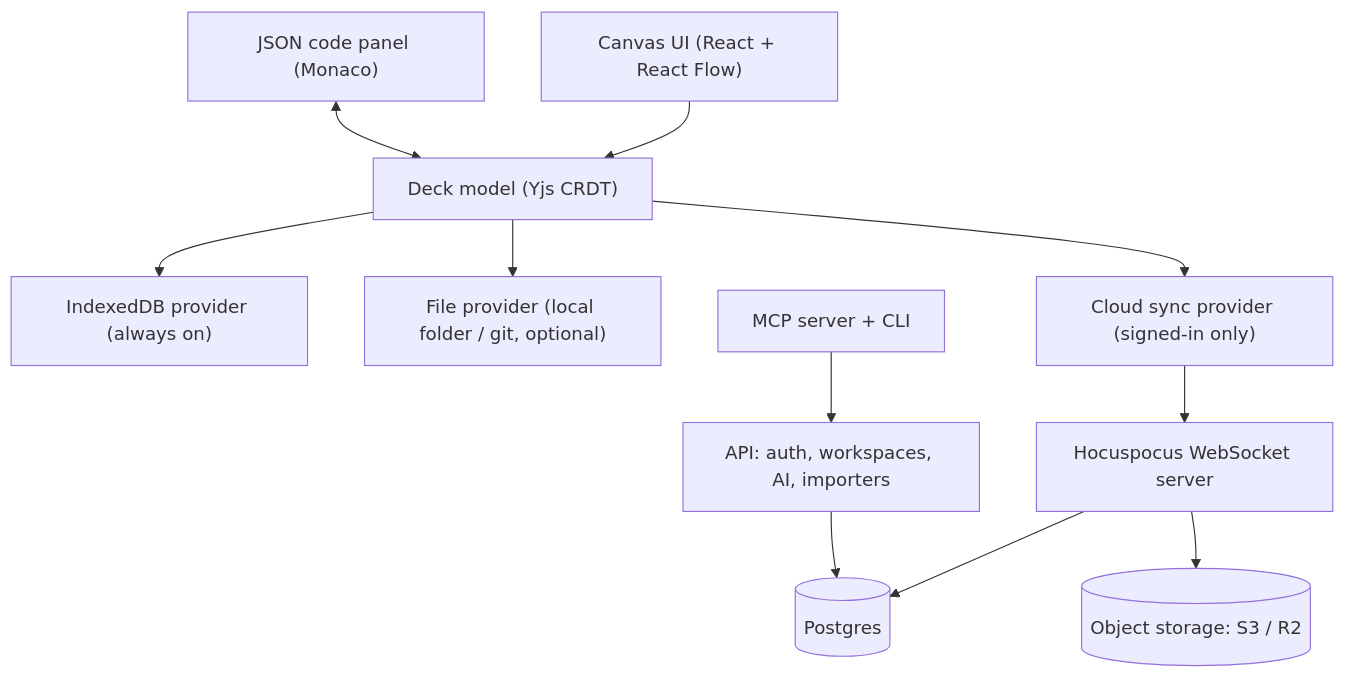
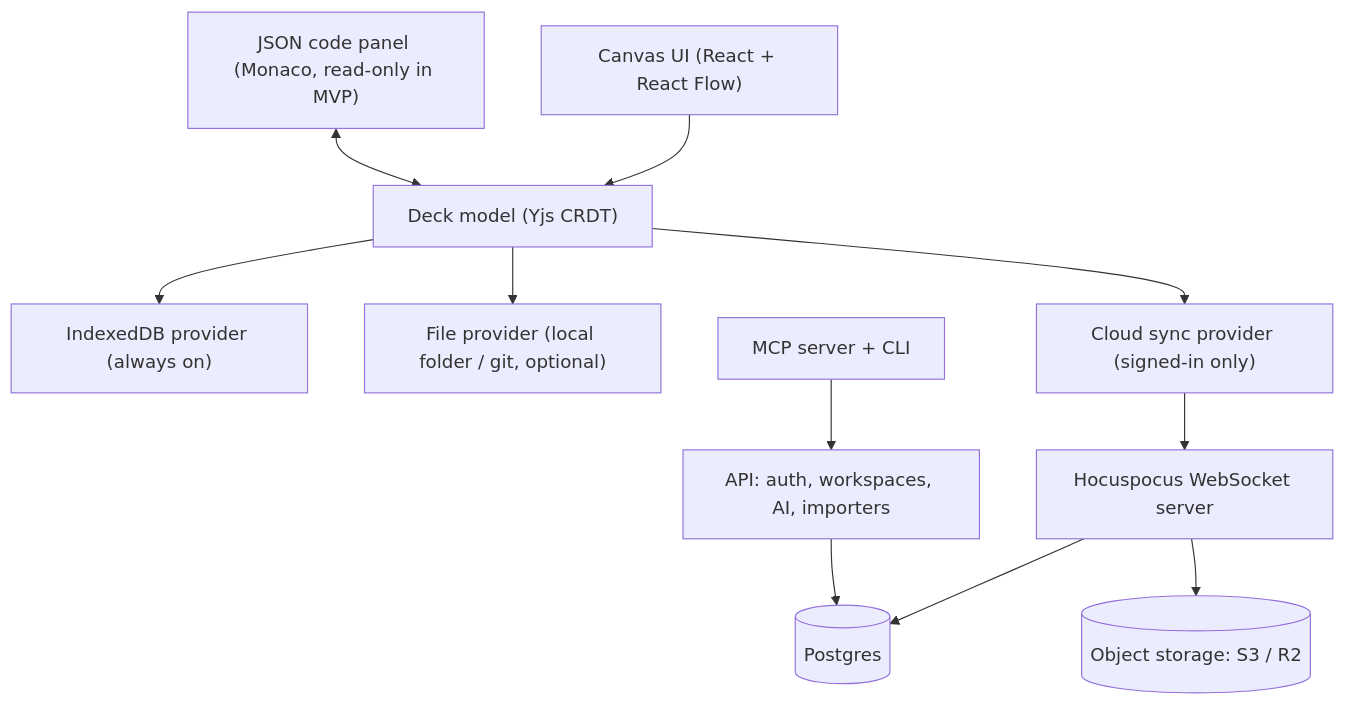
One commit to FamManh/sododeck changed the diagram in docs/spec.md. Above: the diagram before and after it, drawn with Mermaid. The commit also changed other lines of this file and 1 other file, not shown here.

Commit message:
docs: make the JSON panel read-only in spec and AGENTS.md

````diff
--- a/docs/spec.md
+++ b/docs/spec.md
@@ -331,13 +331,13 @@
 ```mermaid
 flowchart TB
   UI["Canvas UI (React + React Flow)"] --> Model["Deck model (Yjs CRDT)"]
-  YAML["JSON code panel (Monaco)"] <--> Model
+  YAML["JSON code panel (Monaco, read-only in MVP)"] <--> Model
   Model --> IDB["IndexedDB provider (always on)"]
   Model --> FS["File provider (local folder / git, optional)"]
   Model --> Sync["Cloud sync provider (signed-in only)"]
   Sync --> WS["Hocuspocus WebSocket server"]
   WS --> PG[("Postgres")]
   WS --> S3[("Object storage: S3 / R2")]
   API["API: auth, workspaces, AI, importers"] --> PG
   MCP["MCP server + CLI"] --> API
 ```
````
